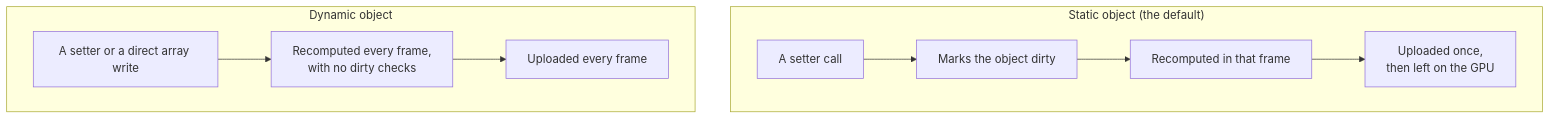
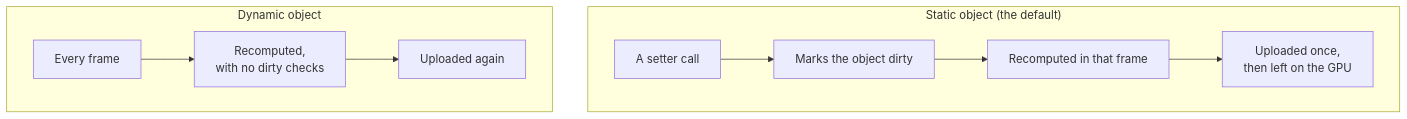
One commit to ehtick/null3d changed the diagram in docs/concepts/static-dynamic.md. Above: the diagram before and after it, drawn with Mermaid. The commit also changed other lines of this file and 28 other files, not shown here.

````diff
--- a/docs/concepts/static-dynamic.md
+++ b/docs/concepts/static-dynamic.md
@@ -13,9 +13,9 @@
 ```mermaid
 flowchart TB
     subgraph static["Static object (the default)"]
         s1["A setter call"] --> s2["Marks the object dirty"] --> s3["Recomputed in that frame"] --> s4["Uploaded once,<br/>then left on the GPU"]
     end
     subgraph dynamic["Dynamic object"]
-        d1["A setter or a direct array write"] --> d2["Recomputed every frame,<br/>with no dirty checks"] --> d3["Uploaded every frame"]
+        d1["Every frame"] --> d2["Recomputed,<br/>with no dirty checks"] --> d3["Uploaded again"]
     end
 ```
````
